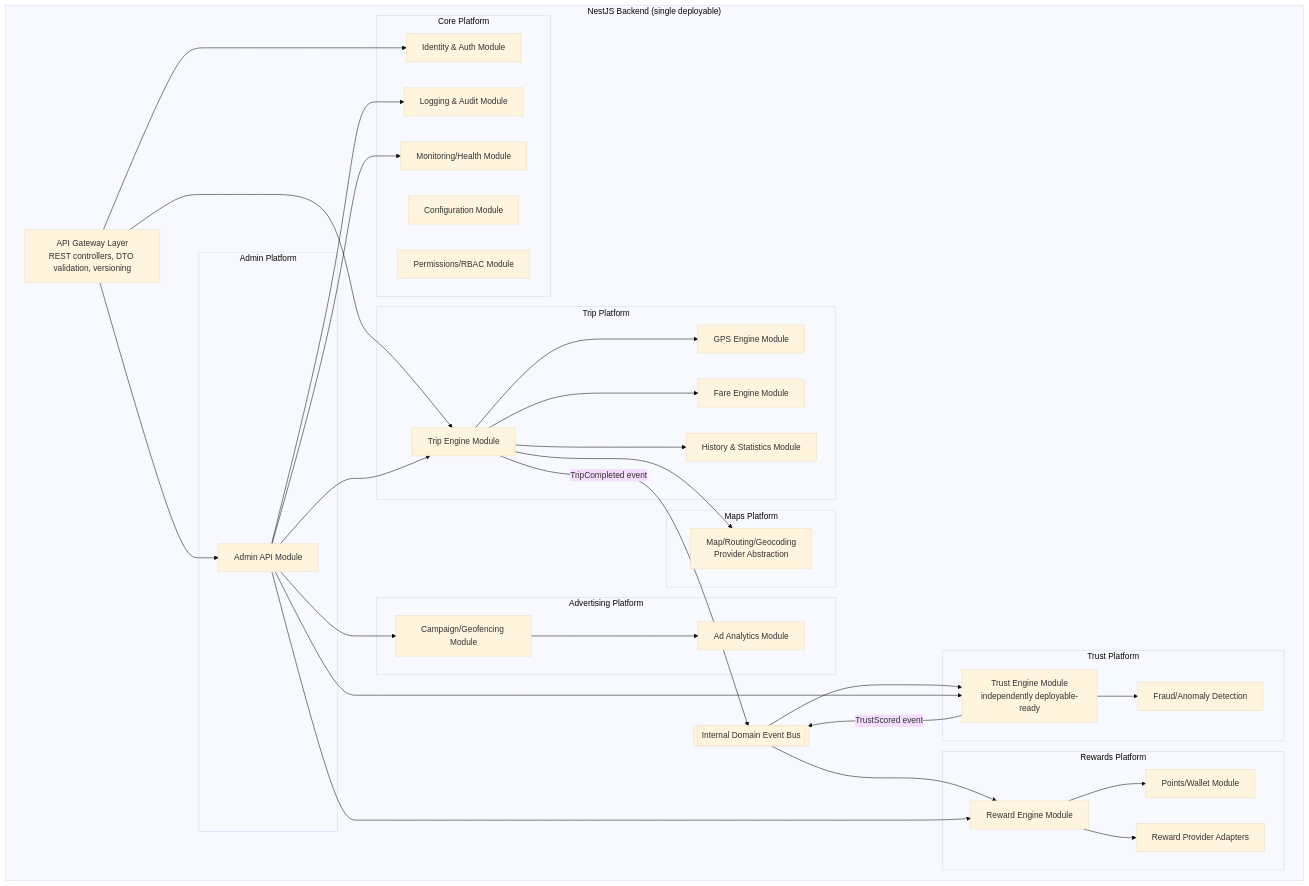
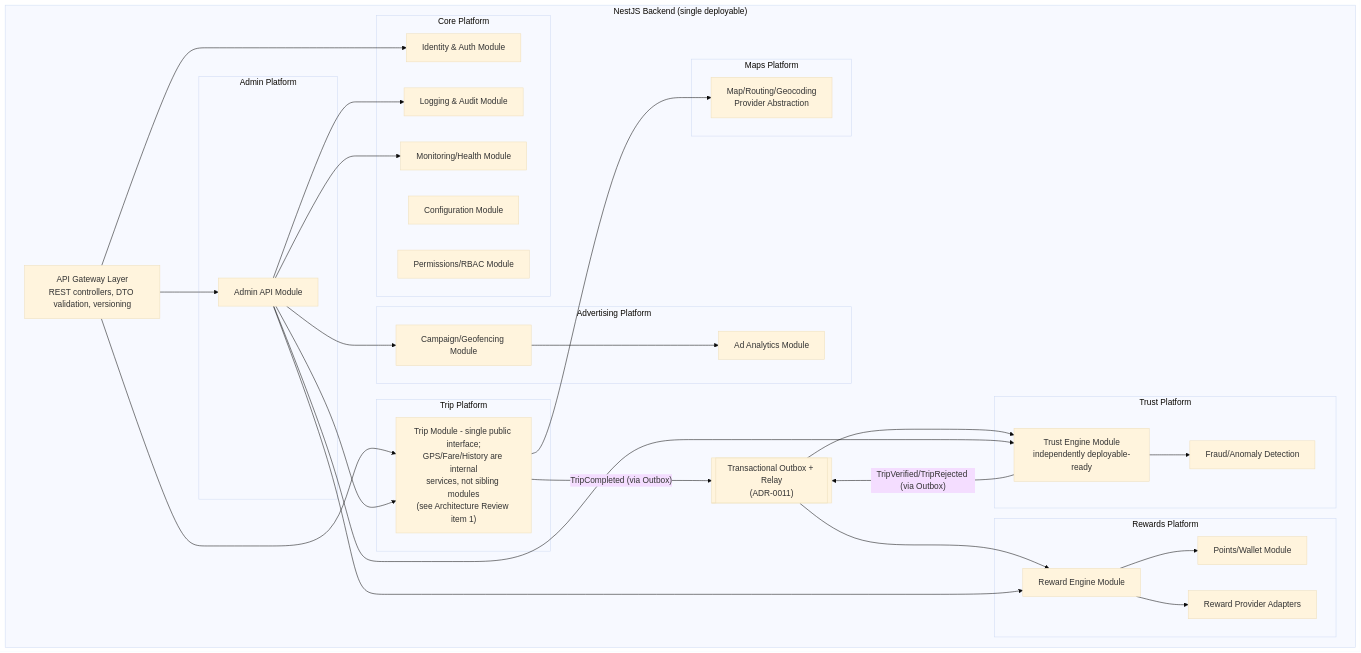
Before and after one commit to shadygad01/TaxiTawsila: the second of 2 diagrams in docs/02-architecture.md, drawn with Mermaid (base theme). The commit also changed other lines of this file and 18 other files, not shown here.

First line of the commit message:
Architecture review and challenge before Phase 2

````diff
--- a/docs/02-architecture.md
+++ b/docs/02-architecture.md
@@ -65,70 +65,64 @@
 ```mermaid
 flowchart TB
     subgraph "NestJS Backend (single deployable)"
         Gateway[API Gateway Layer<br/>REST controllers, DTO validation, versioning]
 
         subgraph Core Platform
             AuthMod[Identity & Auth Module]
             ConfigMod[Configuration Module]
             PermMod[Permissions/RBAC Module]
             LogMod[Logging & Audit Module]
             MonMod[Monitoring/Health Module]
         end
 
         subgraph Maps Platform
             MapAbstraction[Map/Routing/Geocoding<br/>Provider Abstraction]
         end
 
         subgraph Trip Platform
-            TripMod[Trip Engine Module]
-            GPSMod[GPS Engine Module]
-            FareMod[Fare Engine Module]
-            HistMod[History & Statistics Module]
+            TripMod["Trip Module - single public interface;<br/>GPS/Fare/History are internal<br/>services, not sibling modules<br/>(see Architecture Review item 1)"]
         end
 
         subgraph Trust Platform
             TrustMod[Trust Engine Module<br/>independently deployable-ready]
             FraudMod[Fraud/Anomaly Detection]
         end
 
         subgraph Rewards Platform
             RewardMod[Reward Engine Module]
             WalletMod[Points/Wallet Module]
             CouponMod[Reward Provider Adapters]
         end
 
         subgraph Advertising Platform
             AdMod[Campaign/Geofencing Module]
             AdAnalytics[Ad Analytics Module]
         end
 
         subgraph Admin Platform
             AdminAPI[Admin API Module]
         end
 
-        EventBus[[Internal Domain Event Bus]]
+        EventBus[["Transactional Outbox + Relay<br/>(ADR-0011)"]]
     end
 
     Gateway --> AuthMod
     Gateway --> TripMod
     Gateway --> AdminAPI
 
     TripMod --> MapAbstraction
-    TripMod -- TripCompleted event --> EventBus
+    TripMod -- "TripCompleted (via Outbox)" --> EventBus
     EventBus --> TrustMod
-    TrustMod -- TrustScored event --> EventBus
+    TrustMod -- "TripVerified/TripRejected (via Outbox)" --> EventBus
     EventBus --> RewardMod
-    TripMod --> GPSMod
-    TripMod --> FareMod
-    TripMod --> HistMod
     TrustMod --> FraudMod
     RewardMod --> WalletMod
     RewardMod --> CouponMod
     AdMod --> AdAnalytics
     AdminAPI --> TripMod
     AdminAPI --> TrustMod
     AdminAPI --> RewardMod
     AdminAPI --> AdMod
     AdminAPI --> LogMod
     AdminAPI --> MonMod
 ```
````
